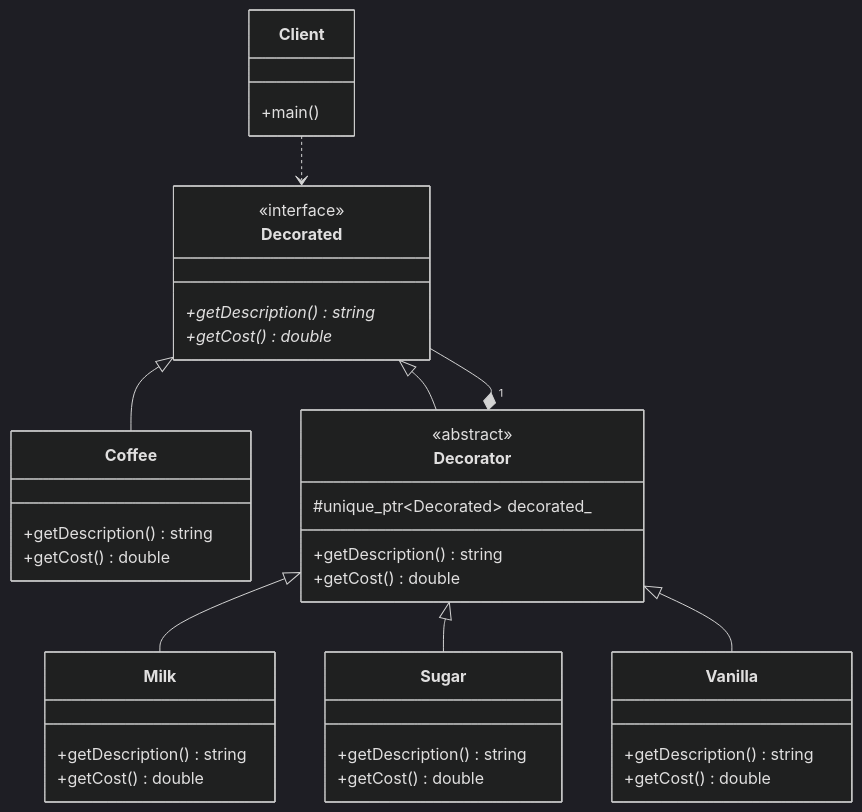
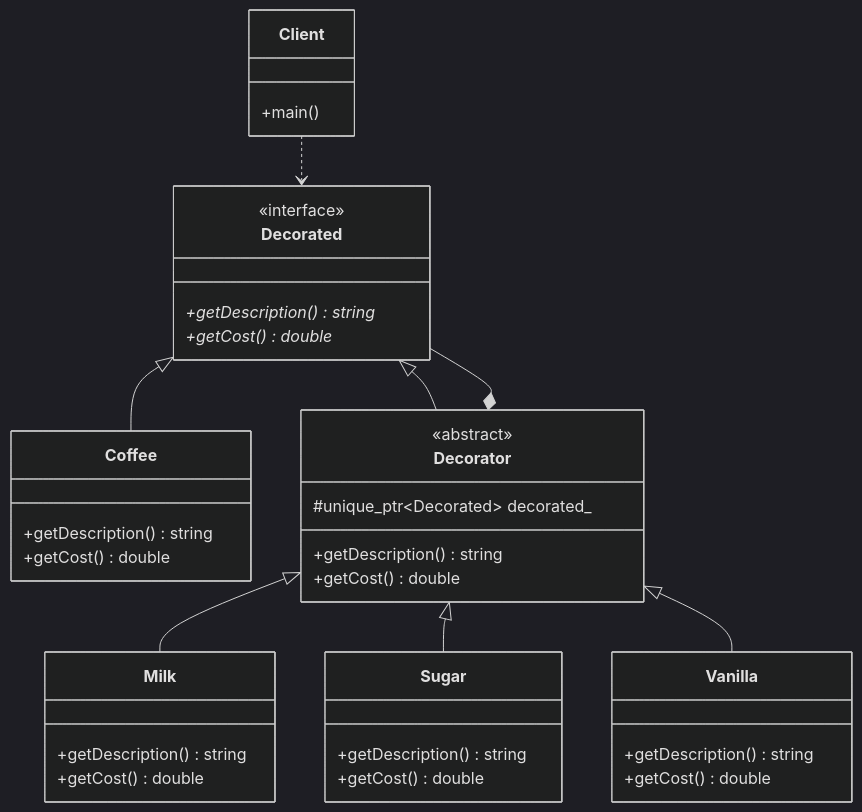
One commit to Cichlidfishexigency721/Modern-CPP-Design-Patterns changed the diagram in 11_Decorator/01_Simple/diagram.md. Above: the diagram before and after it, drawn with Mermaid (dark theme). The commit also changed 22 other files, not shown here.

Commit message:
UML improvement

````diff
--- a/11_Decorator/01_Simple/diagram.md
+++ b/11_Decorator/01_Simple/diagram.md
@@ -3,52 +3,52 @@
 ```mermaid
 classDiagram
    class Decorated {
       <<interface>>
       +getDescription()* string
       +getCost()* double
    }
 
    class Coffee {
       +getDescription() string
       +getCost() double
    }
 
    class Decorator {
       <<abstract>>
       #unique_ptr~Decorated~ decorated_
       +getDescription() string
       +getCost() double
    }
 
    class Milk {
       +getDescription() string
       +getCost() double
    }
 
    class Sugar {
       +getDescription() string
       +getCost() double
    }
 
    class Vanilla {
       +getDescription() string
       +getCost() double
    }
 
    class Client {
       +main()
    }
 
    %% Inheritance (Is_a)
    Decorated <|-- Coffee
    Decorated <|-- Decorator
    Decorator <|-- Milk
    Decorator <|-- Sugar
    Decorator <|-- Vanilla
 
-   %% Composition (Has_a) - Multiplicity "1" at the end
-   Decorator "1" *-- Decorated
+   %% Composition (Has_a)
+   Decorator *-- Decorated
 
    %% Dependency - No numbers
    Client ..> Decorated
 ```
````
